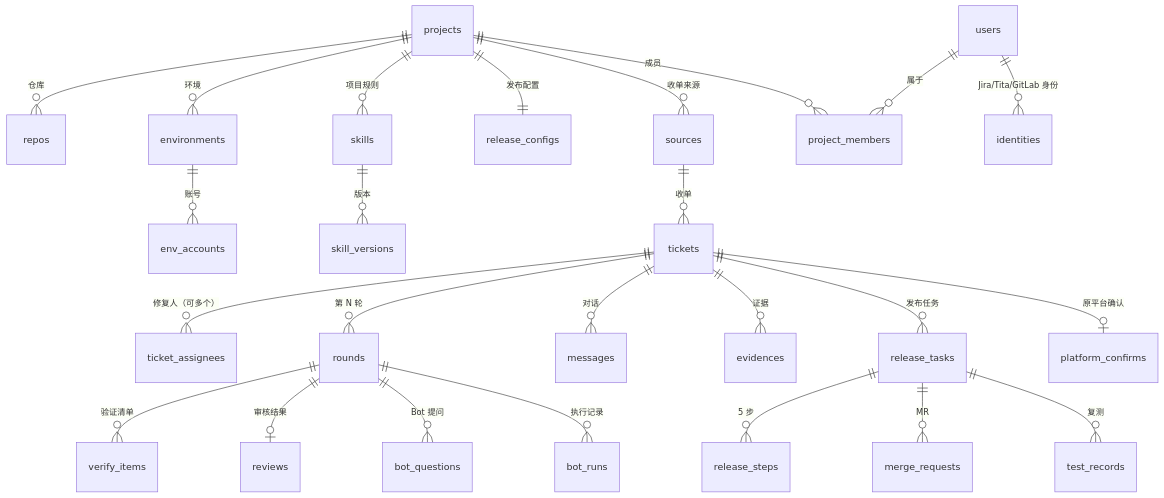
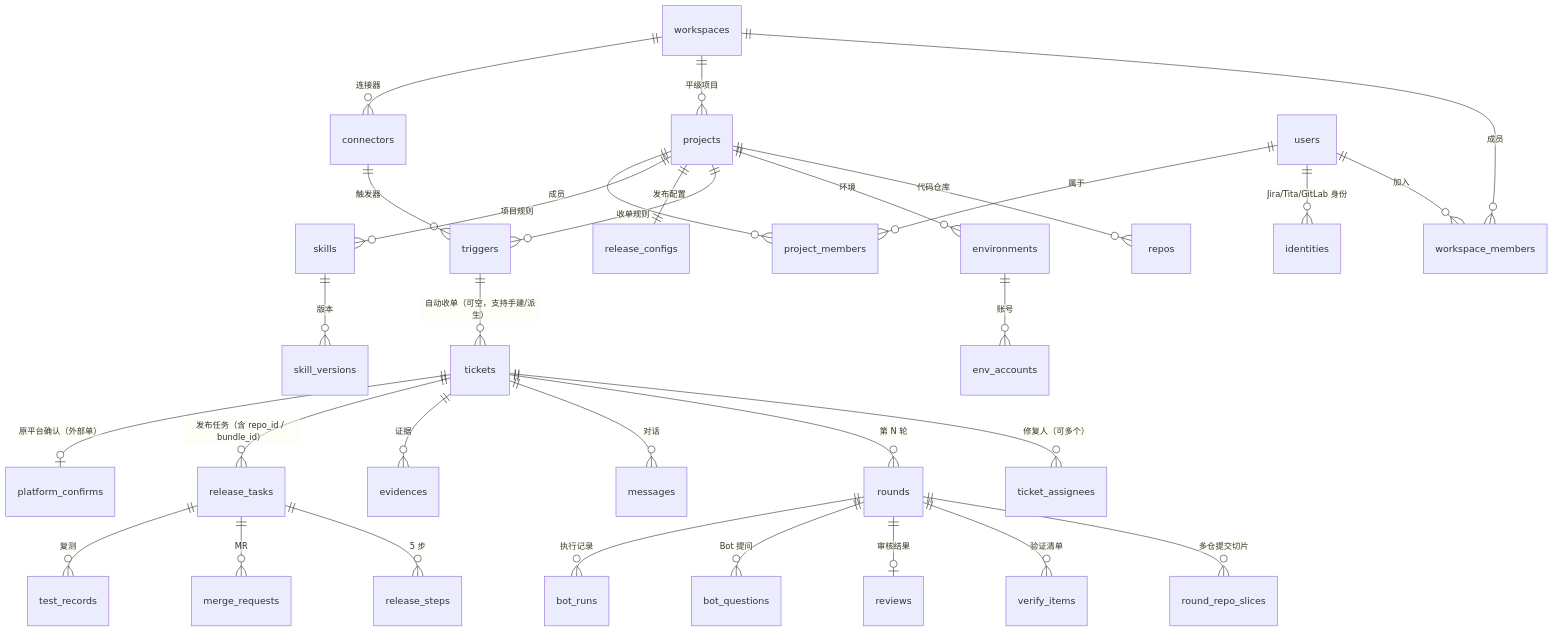
The second of 3 diagrams in docs/06-技术设计方案.md (lzdjack/ai), drawn with Mermaid before and after one commit. The commit also changed other lines of this file and 76 other files, not shown here.

First line of the commit message:
docs(spec): 锁定一期需求与技术设计方案并归档二期跨项目演进蓝图

````diff
--- a/docs/06-技术设计方案.md
+++ b/docs/06-技术设计方案.md
@@ -143,29 +145,35 @@
 ```mermaid
 erDiagram
-  projects ||--o{ repos : "仓库"
+  workspaces ||--o{ workspace_members : "成员"
+  workspaces ||--o{ projects : "平级项目"
+  workspaces ||--o{ connectors : "连接器"
+  users ||--o{ workspace_members : "加入"
+  users ||--o{ identities : "Jira/Tita/GitLab 身份"
+  projects ||--o{ repos : "代码仓库"
   projects ||--o{ environments : "环境"
   environments ||--o{ env_accounts : "账号"
-  projects ||--o{ sources : "收单来源"
+  connectors ||--o{ triggers : "触发器"
+  projects ||--o{ triggers : "收单规则"
   projects ||--|| release_configs : "发布配置"
   projects ||--o{ skills : "项目规则"
   skills ||--o{ skill_versions : "版本"
   projects ||--o{ project_members : "成员"
   users ||--o{ project_members : "属于"
-  users ||--o{ identities : "Jira/Tita/GitLab 身份"
 
-  sources ||--o{ tickets : "收单"
+  triggers ||--o{ tickets : "自动收单（可空，支持手建/派生）"
   tickets ||--o{ ticket_assignees : "修复人（可多个）"
   tickets ||--o{ rounds : "第 N 轮"
+  rounds ||--o{ round_repo_slices : "多仓提交切片"
   rounds ||--o{ verify_items : "验证清单"
   rounds ||--o| reviews : "审核结果"
   rounds ||--o{ bot_questions : "Bot 提问"
   rounds ||--o{ bot_runs : "执行记录"
   tickets ||--o{ messages : "对话"
   tickets ||--o{ evidences : "证据"
 
-  tickets ||--o{ release_tasks : "发布任务"
+  tickets ||--o{ release_tasks : "发布任务（含 repo_id / bundle_id）"
   release_tasks ||--o{ release_steps : "5 步"
   release_tasks ||--o{ merge_requests : "MR"
   release_tasks ||--o{ test_records : "复测"
-  tickets ||--o| platform_confirms : "原平台确认"
+  tickets ||--o| platform_confirms : "原平台确认（外部单）"
 ```
````
